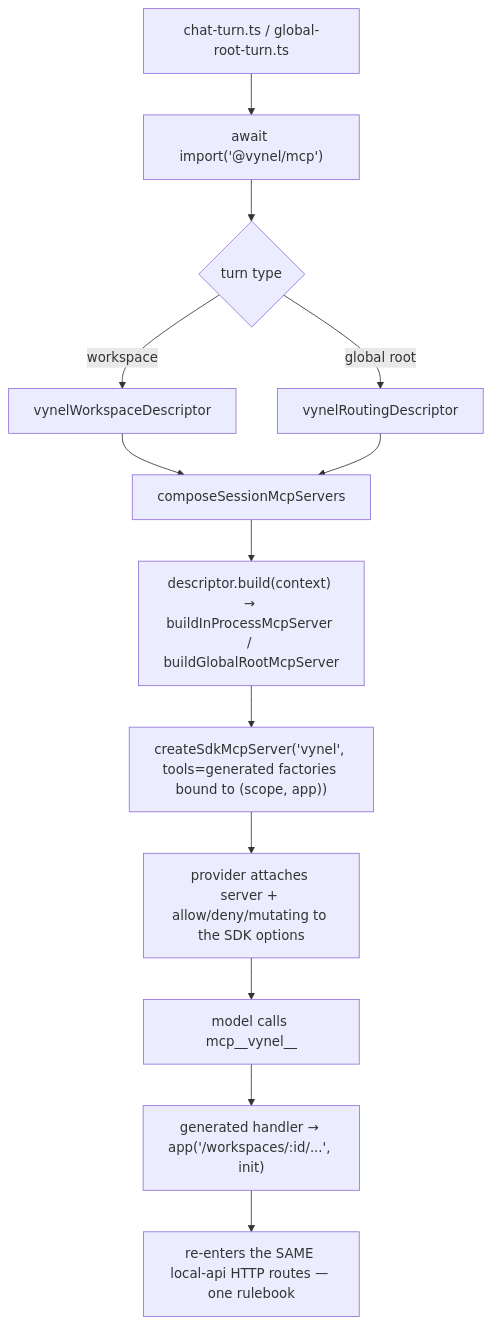
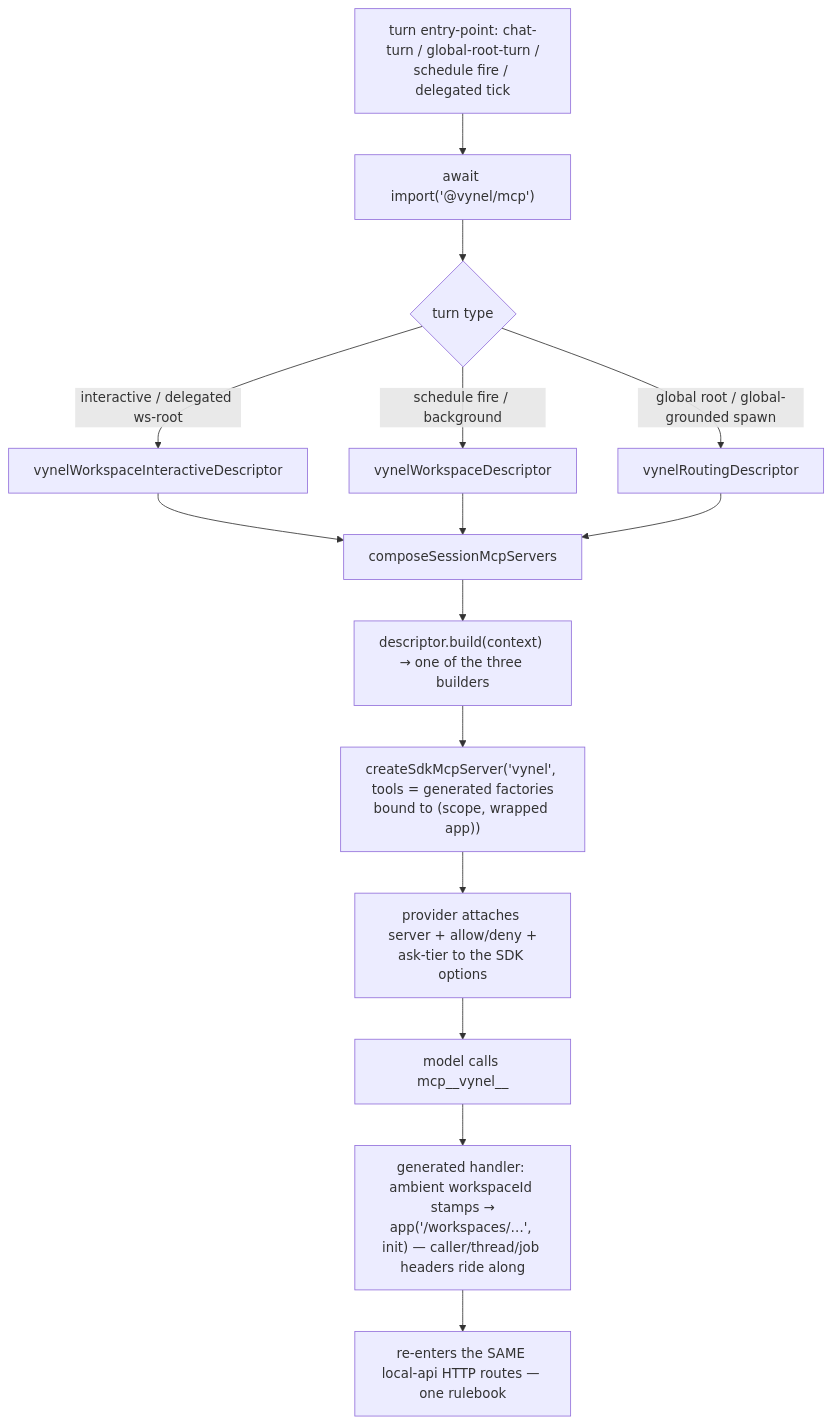
The second of 3 diagrams in .claude/docs/_apps/mcp/structure.md (chadnicely/Vynel-Demo), drawn with Mermaid before and after one commit. The commit also changed other lines of this file and 3 other files, not shown here.

Commit message:
docs: refresh session + mcp-app as-built books from code on disk

````diff
--- a/.claude/docs/_apps/mcp/structure.md
+++ b/.claude/docs/_apps/mcp/structure.md
@@ -91,15 +172,17 @@
 ```mermaid
 flowchart TD
-    A[chat-turn.ts / global-root-turn.ts] --> B["await import('@vynel/mcp')"]
+    A[turn entry-point: chat-turn / global-root-turn /\nschedule fire / delegated tick] --> B["await import('@vynel/mcp')"]
     B --> C{turn type}
-    C -->|workspace| D[vynelWorkspaceDescriptor]
-    C -->|global root| E[vynelRoutingDescriptor]
-    D --> F[composeSessionMcpServers]
-    E --> F
-    F --> G["descriptor.build(context) → buildInProcessMcpServer / buildGlobalRootMcpServer"]
-    G --> H["createSdkMcpServer('vynel', tools=generated factories bound to (scope, app))"]
-    H --> I[provider attaches server + allow/deny/mutating to the SDK options]
-    I --> J[model calls mcp__vynel__<name>]
-    J --> K["generated handler → app('/workspaces/:id/...', init)"]
-    K --> L[re-enters the SAME local-api HTTP routes — one rulebook]
+    C -->|interactive / delegated ws-root| D[vynelWorkspaceInteractiveDescriptor]
+    C -->|schedule fire / background| E[vynelWorkspaceDescriptor]
+    C -->|global root / global-grounded spawn| F[vynelRoutingDescriptor]
+    D --> G[composeSessionMcpServers]
+    E --> G
+    F --> G
+    G --> H["descriptor.build(context) → one of the three builders"]
+    H --> I["createSdkMcpServer('vynel', tools = generated factories\nbound to (scope, wrapped app))"]
+    I --> J[provider attaches server + allow/deny +\nask-tier to the SDK options]
+    J --> K[model calls mcp__vynel__<name>]
+    K --> L["generated handler: ambient workspaceId stamps →\napp('/workspaces/…', init) — caller/thread/job headers ride along"]
+    L --> M[re-enters the SAME local-api HTTP routes — one rulebook]
 ```
````
